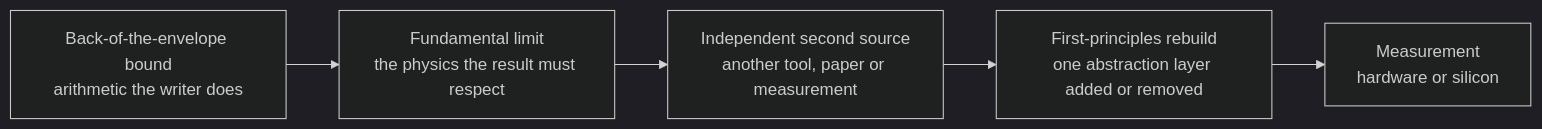
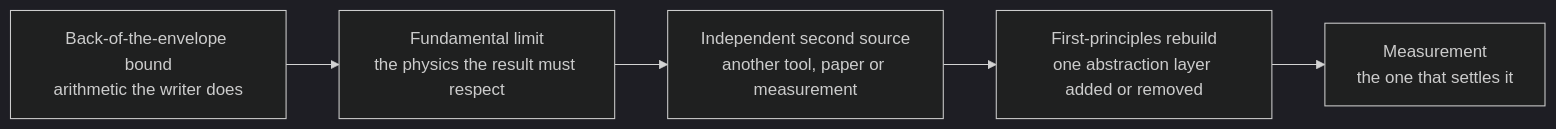
Before and after one commit to mithro/open-silicon-hitlist: the second of 4 diagrams in GUIDELINES.md, drawn with Mermaid (dark theme). The commit also changed other lines of this file and 2 other files, not shown here.

````diff
--- a/GUIDELINES.md
+++ b/GUIDELINES.md
@@ -442,7 +442,7 @@
 ```mermaid
 flowchart LR
   R1["Back-of-the-envelope bound<br/>arithmetic the writer does"] --> R2["Fundamental limit<br/>the physics the result must respect"]
   R2 --> R3["Independent second source<br/>another tool, paper or measurement"]
   R3 --> R4["First-principles rebuild<br/>one abstraction layer added or removed"]
-  R4 --> R5["Measurement<br/>hardware or silicon"]
+  R4 --> R5["Measurement<br/>the one that settles it"]
 ```
````
